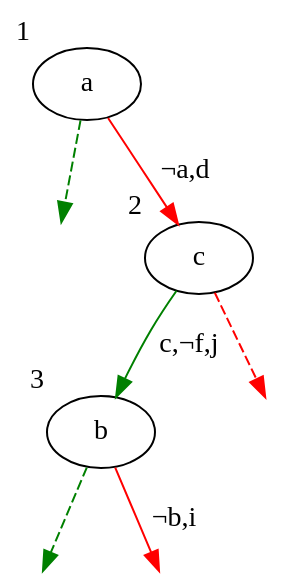
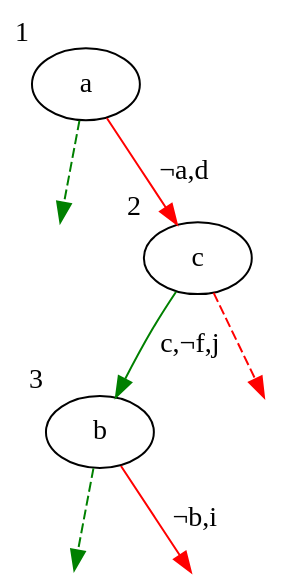
Before and after one commit to vaibhavsagar/presentations: the diagram in sat-solvers/images/tree1x2.dot, drawn with Graphviz. The commit also changed 12 other files, not shown here.

Commit message:
sat-solvers: selectively hide graphviz output for consistent images

```diff
--- a/sat-solvers/images/tree1x2.dot
+++ b/sat-solvers/images/tree1x2.dot
@@ -1,20 +1,24 @@
 digraph {
     at [style="invisible"]
     cf [style="invisible"]
     bt [style="invisible"]
     a  [xlabel="1"]
     c  [xlabel="2"]
     b  [xlabel="3"]
-    e  [style="invisible"]
+    e  [xlabel="4",style="invisible"]
+    x   [shape="box",label="",color="blue",style="invisible"]
+    ef [label="label",style="invisible"]
     a -> at [color="green",style="dashed"]
     a -> c  [color="red",label="¬a,d"]
     c -> b  [color="green",label="c,¬f,j"]
     c -> cf [color="red",style="dashed"]
-    b -> cf [style="invisible",arrowhead=none]
+    b -> cf [style="invisible",arrowhead="none"]
     b -> e  [color="red",label="¬b,i"]
     b -> bt [color="green",style="dashed"]
+    e -> x   [color="green",label="e,g",style="invisible",arrowhead="none"]
+    e -> ef [color="red",style="dashed",style="invisible",arrowhead="none"]
     {rank=same; cf b}
     overlap=false
     splines=true
     bgcolor=transparent
 }
```
